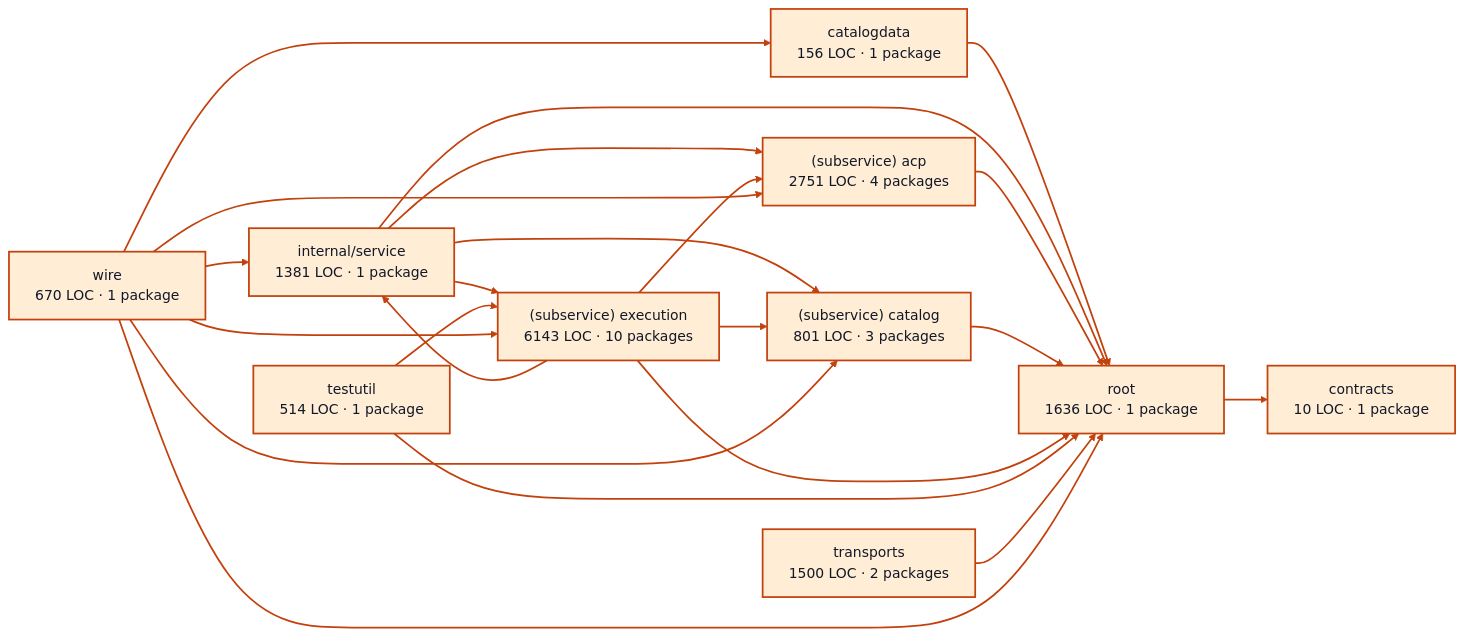
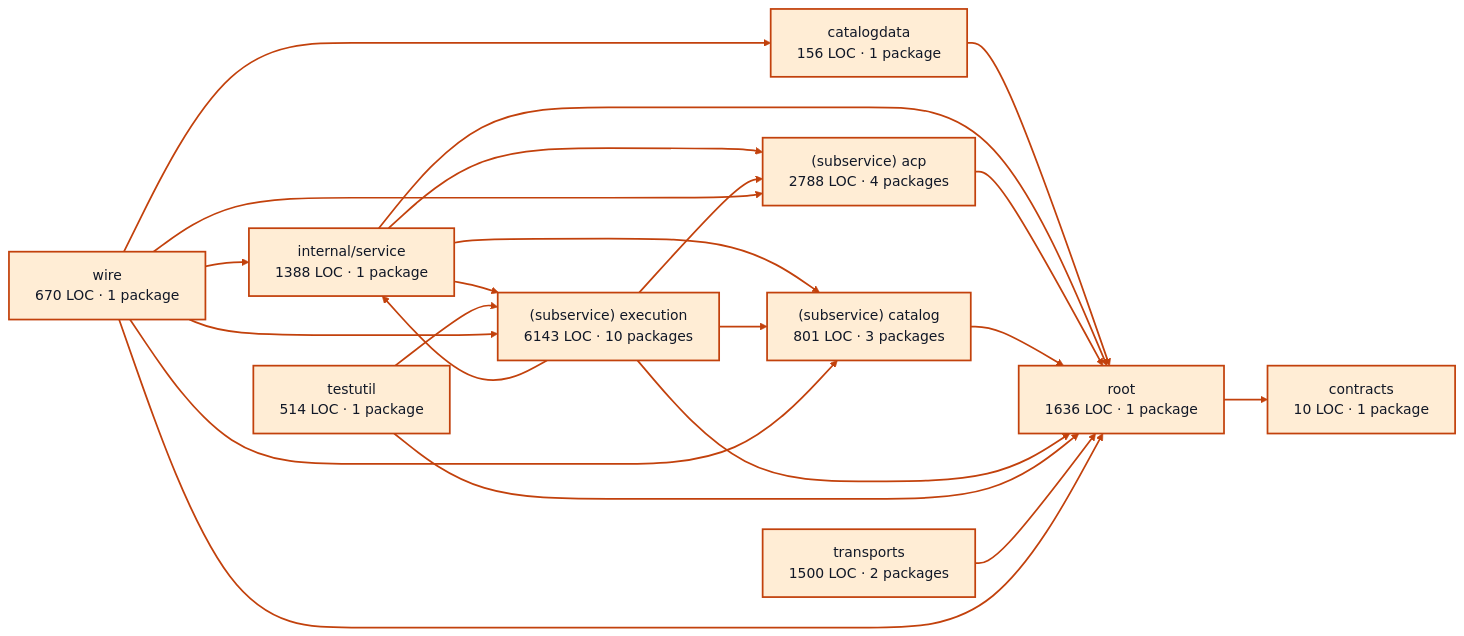
Before and after one commit to portpowered/you-agent-factory: the diagram in docs/architecture/visualizations/services/providers.md, drawn with Mermaid. The commit also changed other lines of this file and 21 other files, not shown here.

Commit message:
docs: refresh backend architecture visualizations

````diff
--- a/docs/architecture/visualizations/services/providers.md
+++ b/docs/architecture/visualizations/services/providers.md
@@ -11,45 +11,45 @@
 ```mermaid
 flowchart LR
   p0["catalogdata<br/>156 LOC · 1 package"]
   p1["contracts<br/>10 LOC · 1 package"]
-  p2["internal/service<br/>1381 LOC · 1 package"]
-  p3["(subservice) acp<br/>2751 LOC · 4 packages"]
+  p2["internal/service<br/>1388 LOC · 1 package"]
+  p3["(subservice) acp<br/>2788 LOC · 4 packages"]
   p4["(subservice) catalog<br/>801 LOC · 3 packages"]
   p5["(subservice) execution<br/>6143 LOC · 10 packages"]
   p6["testutil<br/>514 LOC · 1 package"]
   p7["root<br/>1636 LOC · 1 package"]
   p8["transports<br/>1500 LOC · 2 packages"]
   p9["wire<br/>670 LOC · 1 package"]
   p0 --> p7
   p2 --> p3
   p2 --> p4
   p2 --> p5
   p2 --> p7
   p3 --> p7
   p4 --> p7
   p5 --> p2
   p5 --> p3
   p5 --> p4
   p5 --> p7
   p6 --> p5
   p6 --> p7
   p7 --> p1
   p8 --> p7
   p9 --> p0
   p9 --> p2
   p9 --> p3
   p9 --> p4
   p9 --> p5
   p9 --> p7
   style p0 fill:#ffedd5,stroke:#c2410c,stroke-width:2px,color:#111827
   style p1 fill:#ffedd5,stroke:#c2410c,stroke-width:2px,color:#111827
   style p2 fill:#ffedd5,stroke:#c2410c,stroke-width:2px,color:#111827
   style p3 fill:#ffedd5,stroke:#c2410c,stroke-width:2px,color:#111827
   style p4 fill:#ffedd5,stroke:#c2410c,stroke-width:2px,color:#111827
   style p5 fill:#ffedd5,stroke:#c2410c,stroke-width:2px,color:#111827
   style p6 fill:#ffedd5,stroke:#c2410c,stroke-width:2px,color:#111827
   style p7 fill:#ffedd5,stroke:#c2410c,stroke-width:2px,color:#111827
   style p8 fill:#ffedd5,stroke:#c2410c,stroke-width:2px,color:#111827
   style p9 fill:#ffedd5,stroke:#c2410c,stroke-width:2px,color:#111827
   linkStyle default stroke:#c2410c,stroke-width:2px
 ```
````
